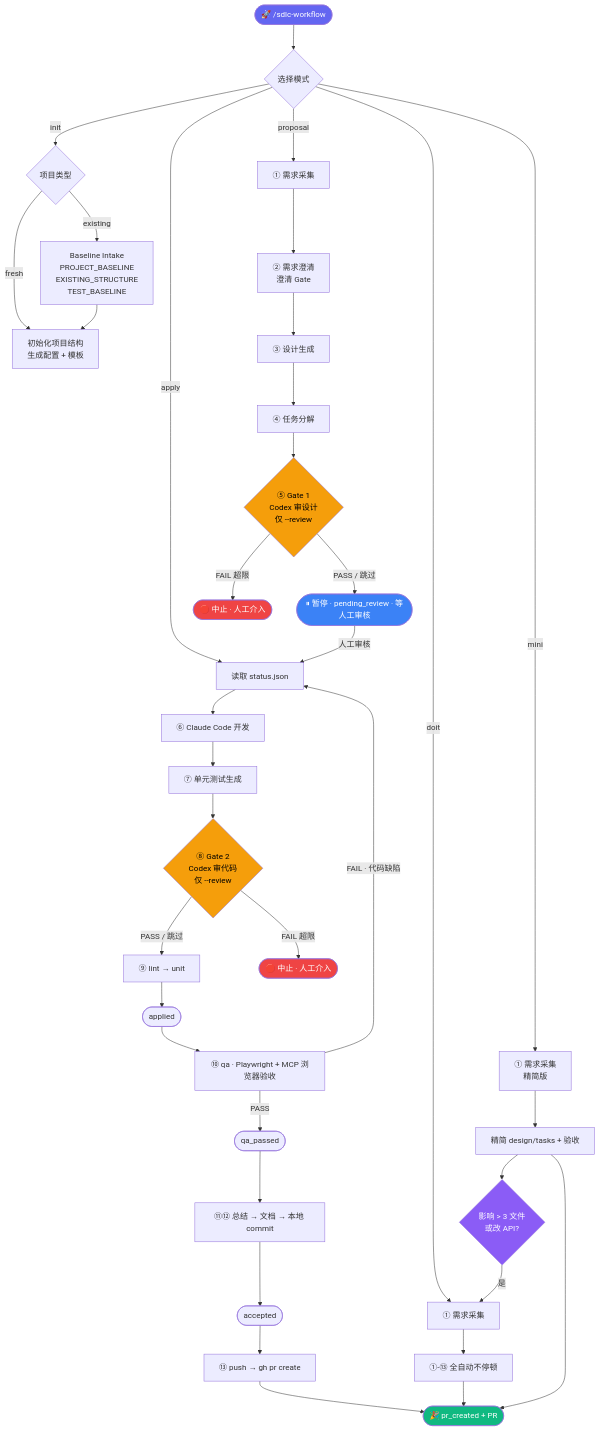
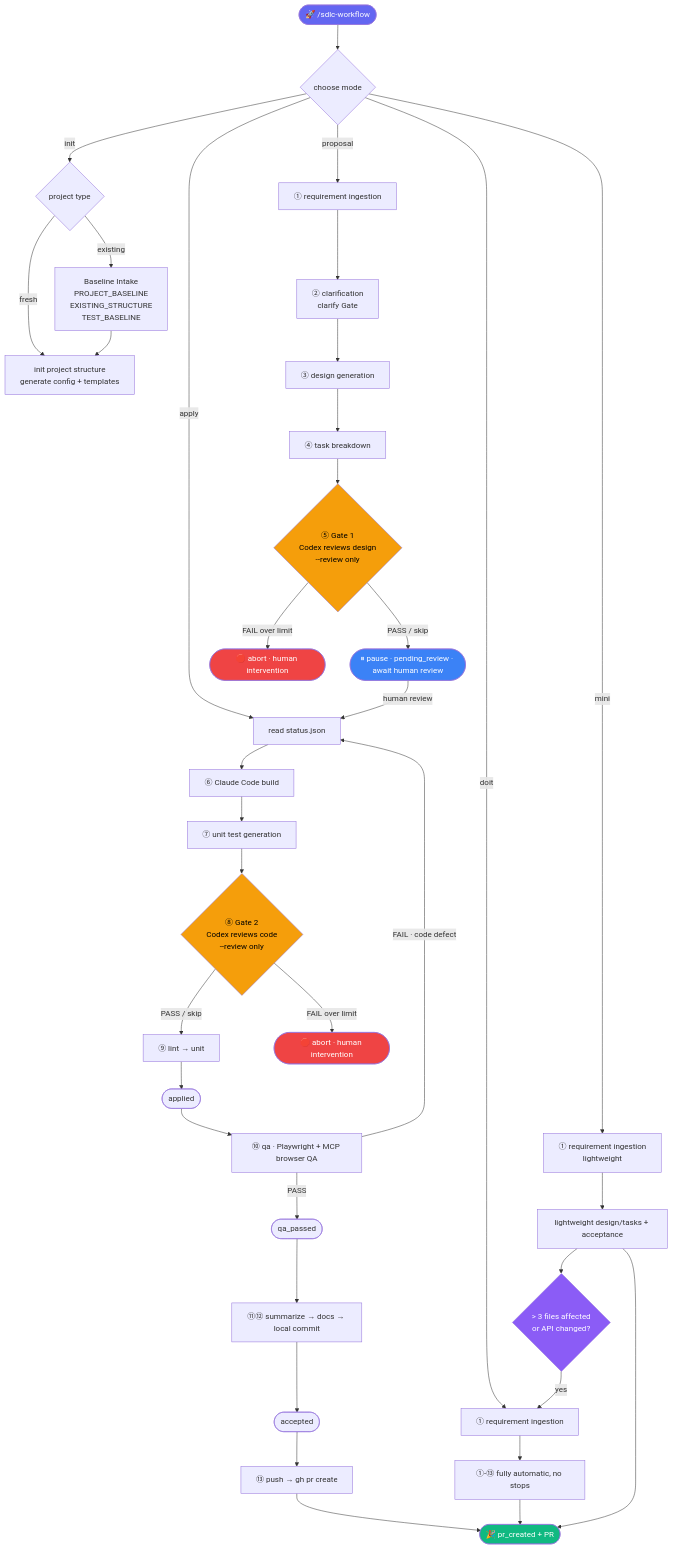
The diagram in DESIGN-PROMO.md (evan-e2438927/sdlc-workflow), drawn with Mermaid before and after one commit. The commit also changed other lines of this file and 4 other files, not shown here.

````diff
--- a/DESIGN-PROMO.md
+++ b/DESIGN-PROMO.md
@@ -176,58 +178,58 @@
 ```mermaid
 flowchart TD
-    START([🚀 /sdlc-workflow]) --> MODE{选择模式}
-    MODE -->|init| DETECT{项目类型}
-    MODE -->|proposal| REQ_PROP[① 需求采集]
-    MODE -->|apply| APPLY_START[读取 status.json]
-    MODE -->|doit| REQ_FULL[① 需求采集]
-    MODE -->|mini| REQ_MINI[① 需求采集<br/>精简版]
+    START([🚀 /sdlc-workflow]) --> MODE{choose mode}
+    MODE -->|init| DETECT{project type}
+    MODE -->|proposal| REQ_PROP[① requirement ingestion]
+    MODE -->|apply| APPLY_START[read status.json]
+    MODE -->|doit| REQ_FULL[① requirement ingestion]
+    MODE -->|mini| REQ_MINI[① requirement ingestion<br/>lightweight]
 
-    DETECT -->|fresh| INIT[初始化项目结构<br/>生成配置 + 模板]
+    DETECT -->|fresh| INIT[init project structure<br/>generate config + templates]
     DETECT -->|existing| INTAKE[Baseline Intake<br/>PROJECT_BASELINE<br/>EXISTING_STRUCTURE<br/>TEST_BASELINE]
     INTAKE --> INIT
 
-    %% ===== proposal 流程 =====
-    REQ_PROP --> CLARIFY_P[② 需求澄清<br/>澄清 Gate]
-    CLARIFY_P --> DESIGN_P[③ 设计生成]
-    DESIGN_P --> TASKS_P[④ 任务分解]
-    TASKS_P --> GATE1_P{⑤ Gate 1<br/>Codex 审设计<br/>仅 --review}
-    GATE1_P -->|PASS / 跳过| PAUSE([⏸ 暂停 · pending_review · 等人工审核])
-    GATE1_P -->|FAIL 超限| ABORT_P([🛑 中止 · 人工介入])
-    PAUSE -->|人工审核| APPLY_START
+    %% ===== proposal flow =====
+    REQ_PROP --> CLARIFY_P[② clarification<br/>clarify Gate]
+    CLARIFY_P --> DESIGN_P[③ design generation]
+    DESIGN_P --> TASKS_P[④ task breakdown]
+    TASKS_P --> GATE1_P{⑤ Gate 1<br/>Codex reviews design<br/>--review only}
+    GATE1_P -->|PASS / skip| PAUSE([⏸ pause · pending_review · await human review])
+    GATE1_P -->|FAIL over limit| ABORT_P([🛑 abort · human intervention])
+    PAUSE -->|human review| APPLY_START
 
-    %% ===== apply 流程 =====
-    APPLY_START --> DEV[⑥ Claude Code 开发]
-    DEV --> TESTGEN[⑦ 单元测试生成]
-    TESTGEN --> GATE2{⑧ Gate 2<br/>Codex 审代码<br/>仅 --review}
-    GATE2 -->|PASS / 跳过| TEST[⑨ lint → unit]
-    GATE2 -->|FAIL 超限| ABORT2([🛑 中止 · 人工介入])
+    %% ===== apply flow =====
+    APPLY_START --> DEV[⑥ Claude Code build]
+    DEV --> TESTGEN[⑦ unit test generation]
+    TESTGEN --> GATE2{⑧ Gate 2<br/>Codex reviews code<br/>--review only}
+    GATE2 -->|PASS / skip| TEST[⑨ lint → unit]
+    GATE2 -->|FAIL over limit| ABORT2([🛑 abort · human intervention])
     TEST --> A_END([applied])
 
     %% ===== qa / accept / pr =====
-    A_END --> QA[⑩ qa · Playwright + MCP 浏览器验收]
+    A_END --> QA[⑩ qa · Playwright + MCP browser QA]
     QA -->|PASS| Q_END([qa_passed])
-    QA -->|FAIL · 代码缺陷| APPLY_START
-    Q_END --> ACCEPT[⑪⑫ 总结 → 文档 → 本地 commit]
+    QA -->|FAIL · code defect| APPLY_START
+    Q_END --> ACCEPT[⑪⑫ summarize → docs → local commit]
     ACCEPT --> AC_END([accepted])
     AC_END --> PR[⑬ push → gh pr create]
     PR --> DONE([🎉 pr_created + PR])
 
-    %% ===== doit 全自动 =====
-    REQ_FULL --> DOIT_FLOW[①-⑬ 全自动不停顿]
+    %% ===== doit fully automatic =====
+    REQ_FULL --> DOIT_FLOW[①-⑬ fully automatic, no stops]
     DOIT_FLOW --> DONE
 
-    %% ===== mini 精简 =====
-    REQ_MINI --> MINI_FLOW[精简 design/tasks + 验收]
+    %% ===== mini lightweight =====
+    REQ_MINI --> MINI_FLOW[lightweight design/tasks + acceptance]
     MINI_FLOW --> DONE
-    MINI_FLOW --> UPGRADE{影响 > 3 文件<br/>或改 API?}
-    UPGRADE -->|是| REQ_FULL
+    MINI_FLOW --> UPGRADE{> 3 files affected<br/>or API changed?}
+    UPGRADE -->|yes| REQ_FULL
 
     style GATE1_P fill:#f59e0b,color:#000
     style GATE2 fill:#f59e0b,color:#000
     style ABORT_P fill:#ef4444,color:#fff
     style ABORT2 fill:#ef4444,color:#fff
     style DONE fill:#10b981,color:#fff
     style START fill:#6366f1,color:#fff
     style UPGRADE fill:#8b5cf6,color:#fff
     style PAUSE fill:#3b82f6,color:#fff
 ```
````
